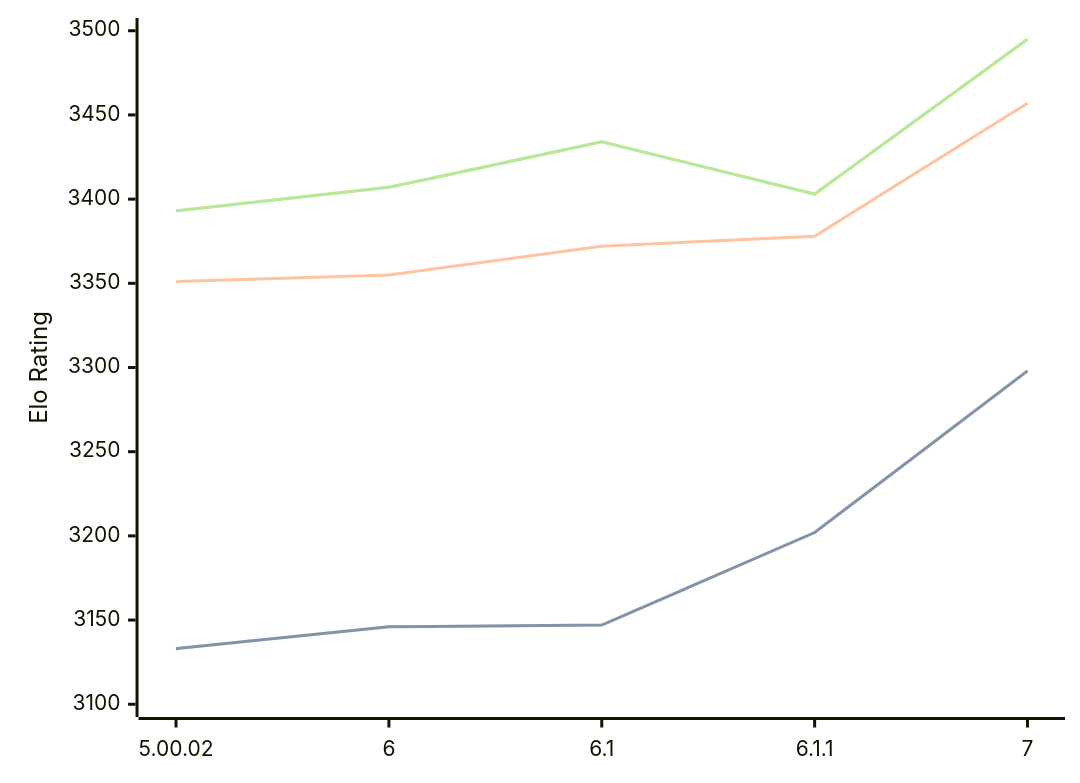
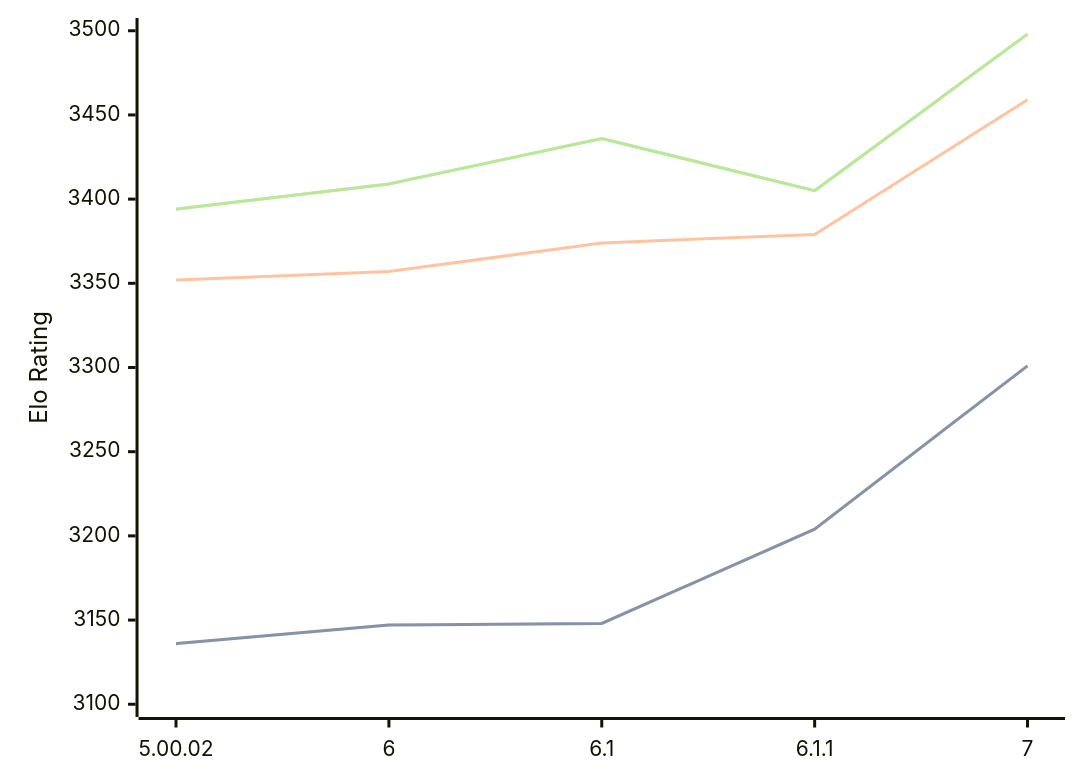
One commit to computer-chess-index/cci changed the diagram in engines/Zangdar.md. Above: the diagram before and after it, drawn with Mermaid. The commit also changed other lines of this file, not shown here.

Commit message:
Update CCI Ratings (ELO VLTC) - 2026-09-01

````diff
--- a/engines/Zangdar.md
+++ b/engines/Zangdar.md
@@ -35,11 +35,11 @@
 ```mermaid
 %%{init: {"theme":"base","themeVariables":{"seriesColors:['#a3a3a3','#222221','#faa371']}}}%%
 xychart-beta
   x-axis ["5.00.02", "6", "6.1", "6.1.1", "7"]
   y-axis "Elo Rating" 3100 --> 3500
-  line "" [3133, 3146, 3147, 3202, 3298]
-  line "STC (8.0+0.08s)" [3133, 3146, 3147, 3202, 3298]
-  line "LTC (60.0+0.60s)" [3351, 3355, 3372, 3378, 3457]
-  line "" [3393, 3407, 3434, 3403, 3495]
-  line "VLTC (2m24s+1.12s)" [3393, 3407, 3434, 3403, 3495]
+  line "" [3136, 3147, 3148, 3204, 3301]
+  line "STC (8.0+0.08s)" [3136, 3147, 3148, 3204, 3301]
+  line "LTC (60.0+0.60s)" [3352, 3357, 3374, 3379, 3459]
+  line "" [3394, 3409, 3436, 3405, 3498]
+  line "VLTC (2m24s+1.12s)" [3394, 3409, 3436, 3405, 3498]
 ```
````
